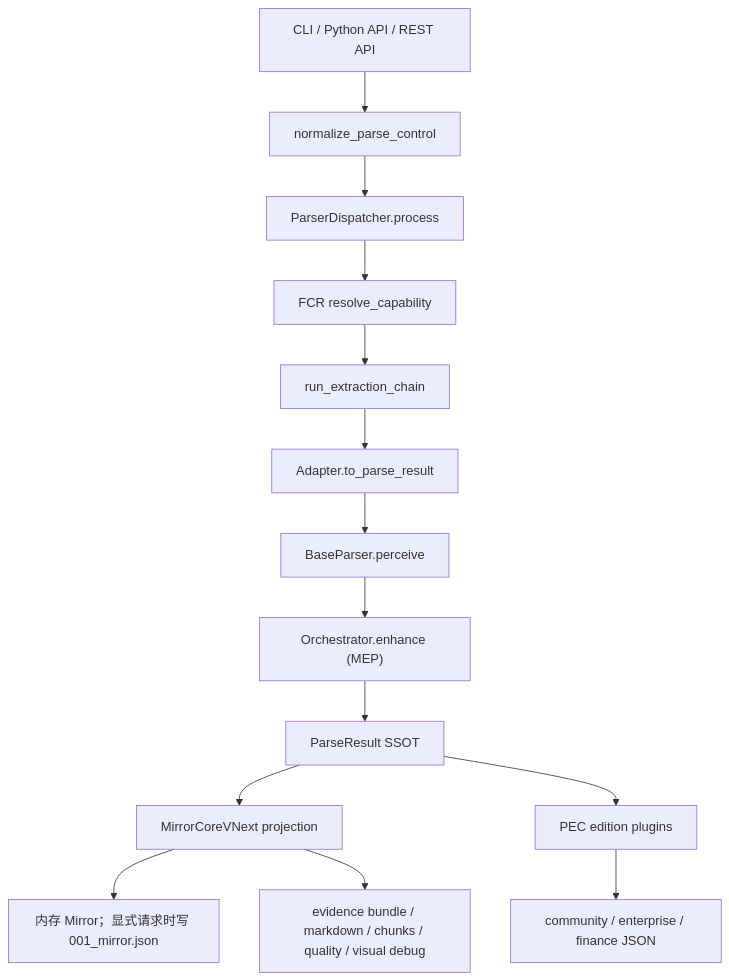
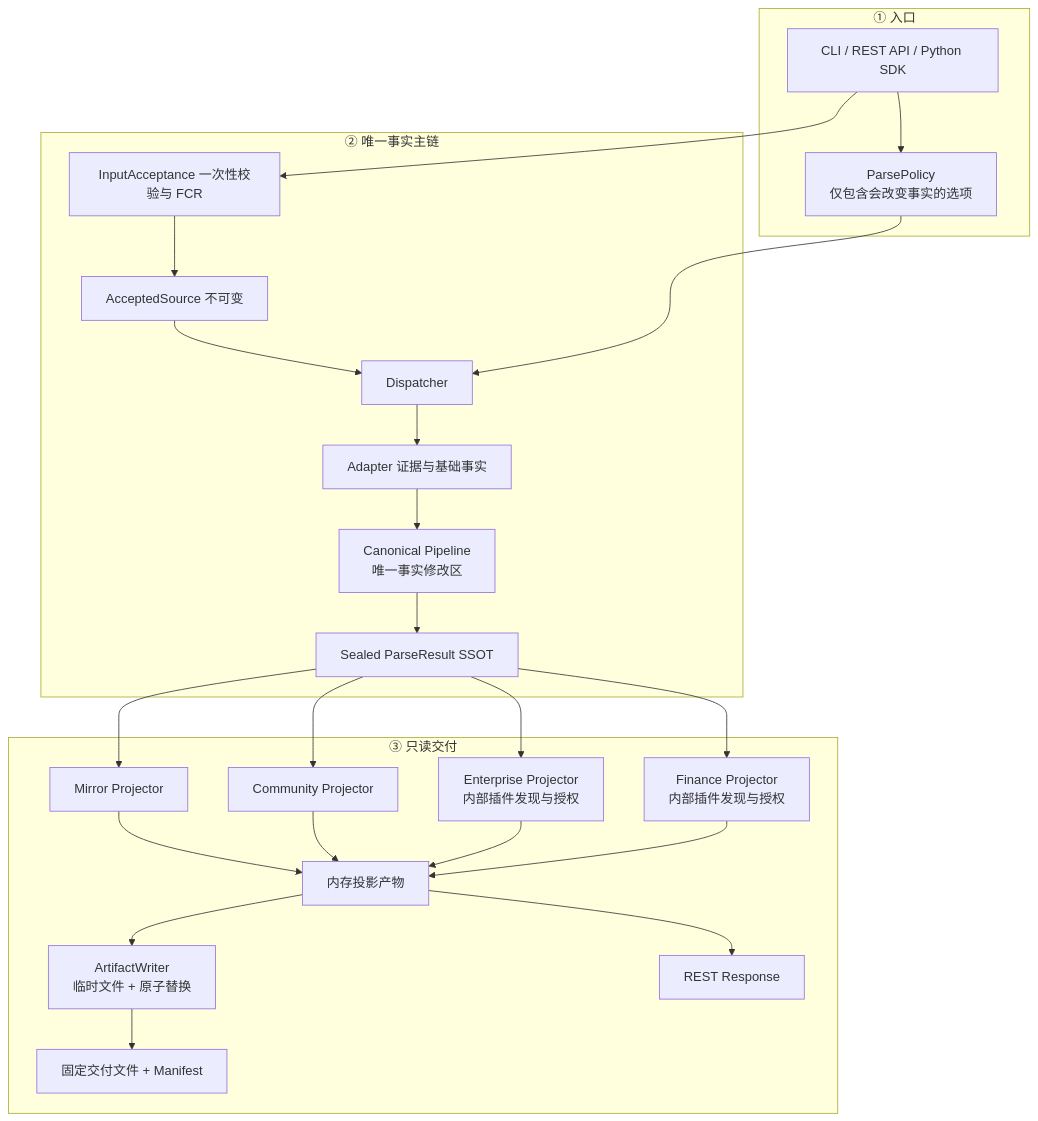
Before and after one commit to valuemapglobal/DocMirror: the diagram in docs/development_manual_zh-CN.md, drawn with Mermaid. The commit also changed other lines of this file and 351 other files, not shown here.

````diff
--- a/docs/development_manual_zh-CN.md
+++ b/docs/development_manual_zh-CN.md
@@ -138,16 +137,41 @@
 ```mermaid
 flowchart TD
-    A["CLI / Python API / REST API"] --> B["normalize_parse_control"]
-    B --> C["ParserDispatcher.process"]
-    C --> D["FCR resolve_capability"]
-    D --> E["run_extraction_chain"]
-    E --> F["Adapter.to_parse_result"]
-    F --> G["BaseParser.perceive"]
-    G --> H["Orchestrator.enhance (MEP)"]
-    H --> I["ParseResult SSOT"]
-    I --> J["MirrorCoreVNext projection"]
-    I --> K["PEC edition plugins"]
-    J --> L["内存 Mirror；显式请求时写 001_mirror.json"]
-    K --> M["community / enterprise / finance JSON"]
-    J --> N["evidence bundle / markdown / chunks / quality / visual debug"]
+    subgraph entryLayer["① 入口"]
+        entry["CLI / REST API / Python SDK"]
+        parsePolicy["ParsePolicy<br/>仅包含会改变事实的选项"]
+        entry --> parsePolicy
+    end
+
+    subgraph parseFlow["② 唯一事实主链"]
+        acceptance["InputAcceptance 一次性校验与 FCR"] --> acceptedSource["AcceptedSource 不可变"]
+        acceptedSource --> dispatcher["Dispatcher"]
+        dispatcher --> adapter["Adapter 证据与基础事实"]
+        adapter --> canonical["Canonical Pipeline<br/>唯一事实修改区"]
+        canonical --> parseResult["Sealed ParseResult SSOT"]
+    end
+
+    entry --> acceptance
+    parsePolicy --> dispatcher
+
+    subgraph delivery["③ 只读交付"]
+        mirrorProjector["Mirror Projector"]
+        communityProjector["Community Projector"]
+        enterpriseProjector["Enterprise Projector<br/>内部插件发现与授权"]
+        financeProjector["Finance Projector<br/>内部插件发现与授权"]
+        projectedArtifacts["内存投影产物"]
+        writer["ArtifactWriter<br/>临时文件 + 原子替换"]
+        api["REST Response"]
+        outputs["固定交付文件 + Manifest"]
+        mirrorProjector --> projectedArtifacts
+        communityProjector --> projectedArtifacts
+        enterpriseProjector --> projectedArtifacts
+        financeProjector --> projectedArtifacts
+        projectedArtifacts --> api
+        projectedArtifacts --> writer --> outputs
+    end
+
+    parseResult --> mirrorProjector
+    parseResult --> communityProjector
+    parseResult --> enterpriseProjector
+    parseResult --> financeProjector
 ```
````
